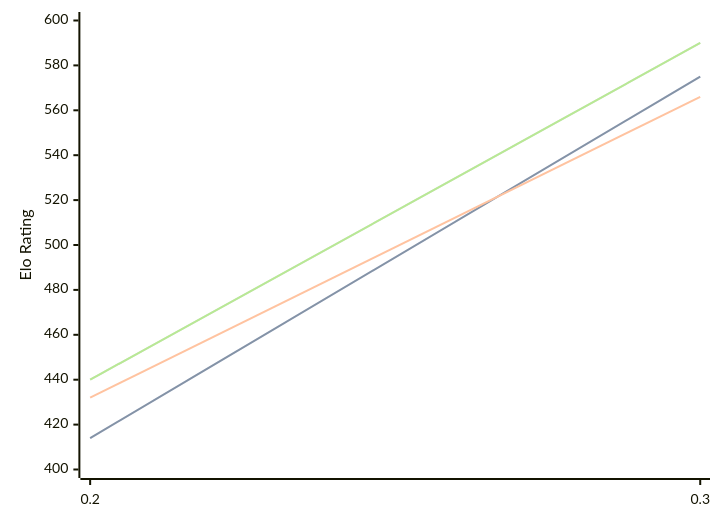
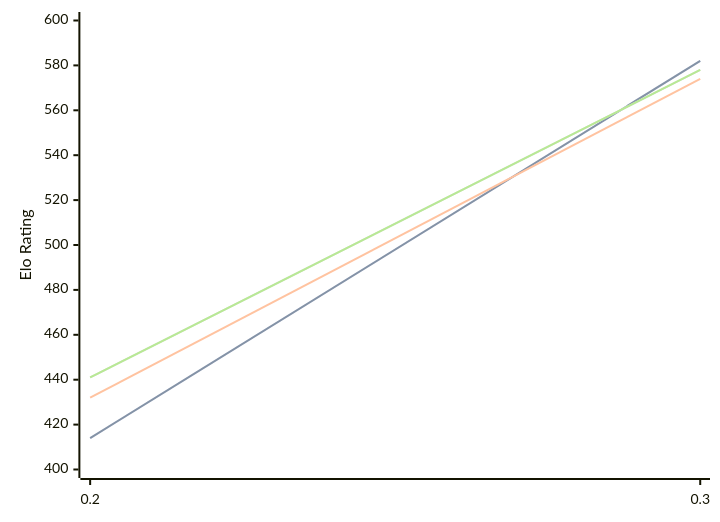
Before and after one commit to computer-chess-index/cci: the diagram in engines/Magpie.md, drawn with Mermaid. The commit also changed other lines of this file, not shown here.

Commit message:
Update CCI Ratings (ELO VLTC) - 2026-08-22

````diff
--- a/engines/Magpie.md
+++ b/engines/Magpie.md
@@ -32,11 +32,11 @@
 ```mermaid
 %%{init: {"theme":"base","themeVariables":{"seriesColors:['#a3a3a3','#222221','#faa371']}}}%%
 xychart-beta
   x-axis ["0.2", "0.3"]
   y-axis "Elo Rating" 400 --> 600
-  line "STC (8.0+0.08s)" [414, 575]
-  line "STC (8.0+0.08s)" [414, 575]
-  line "LTC (60.0+0.60s)" [432, 566]
-  line "VLTC (2m24s+1.12s)" [440, 590]
-  line "VLTC (2m24s+1.12s)" [440, 590]
+  line "STC (8.0+0.08s)" [414, 582]
+  line "STC (8.0+0.08s)" [414, 582]
+  line "LTC (60.0+0.60s)" [432, 574]
+  line "VLTC (2m24s+1.12s)" [441, 578]
+  line "VLTC (2m24s+1.12s)" [441, 578]
 ```
````
